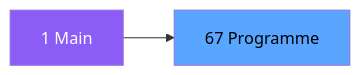
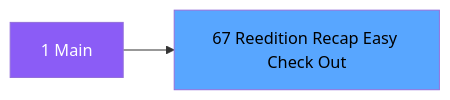
One commit to thonyAGP/magic-migration changed the second of 3 diagrams in .openspec/specs/ADH-IDE-67.md. Above: the diagram before and after it, drawn with Mermaid. The commit also changed other lines of this file and 323 other files, not shown here.

````diff
--- a/.openspec/specs/ADH-IDE-67.md
+++ b/.openspec/specs/ADH-IDE-67.md
@@ -98,8 +110,8 @@
 ```mermaid
 graph LR
     M[1 Main]
-    T[67 Programme]
+    T[67 Reedition Recap Easy Check Out]
     M --> T
     style M fill:#8b5cf6,color:#fff
     style T fill:#58a6ff,color:#000
 ```
````
